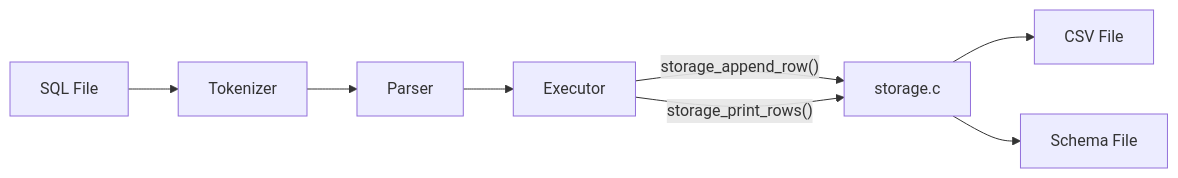
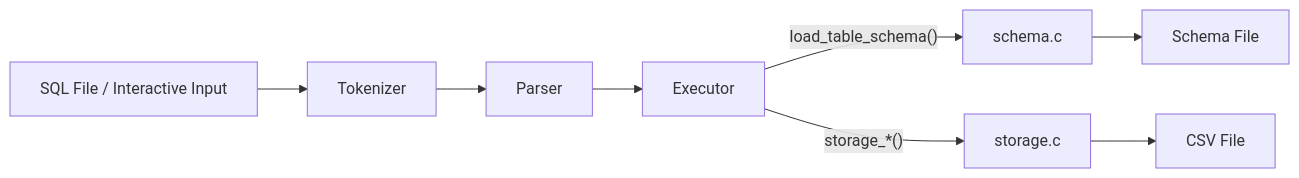
One commit to Jungle-12-303/week7-02-sql-index changed the first of 13 diagrams in README.md. Above: the diagram before and after it, drawn with Mermaid. The commit also changed other lines of this file and 1 other file, not shown here.

````diff
--- a/README.md
+++ b/README.md
@@ -18,10 +19,10 @@
 ```mermaid
 flowchart LR
-    A["SQL File"] --> B["Tokenizer"]
+    A["SQL File / Interactive Input"] --> B["Tokenizer"]
     B --> C["Parser"]
     C --> D["Executor"]
-    D -->|"storage_append_row()"| E["storage.c"]
-    D -->|"storage_print_rows()"| E
-    E --> F["CSV File"]
+    D -->|"load_table_schema()"| E["schema.c"]
+    D -->|"storage_*()"| F["storage.c"]
     E --> G["Schema File"]
+    F --> H["CSV File"]
 ```
````
